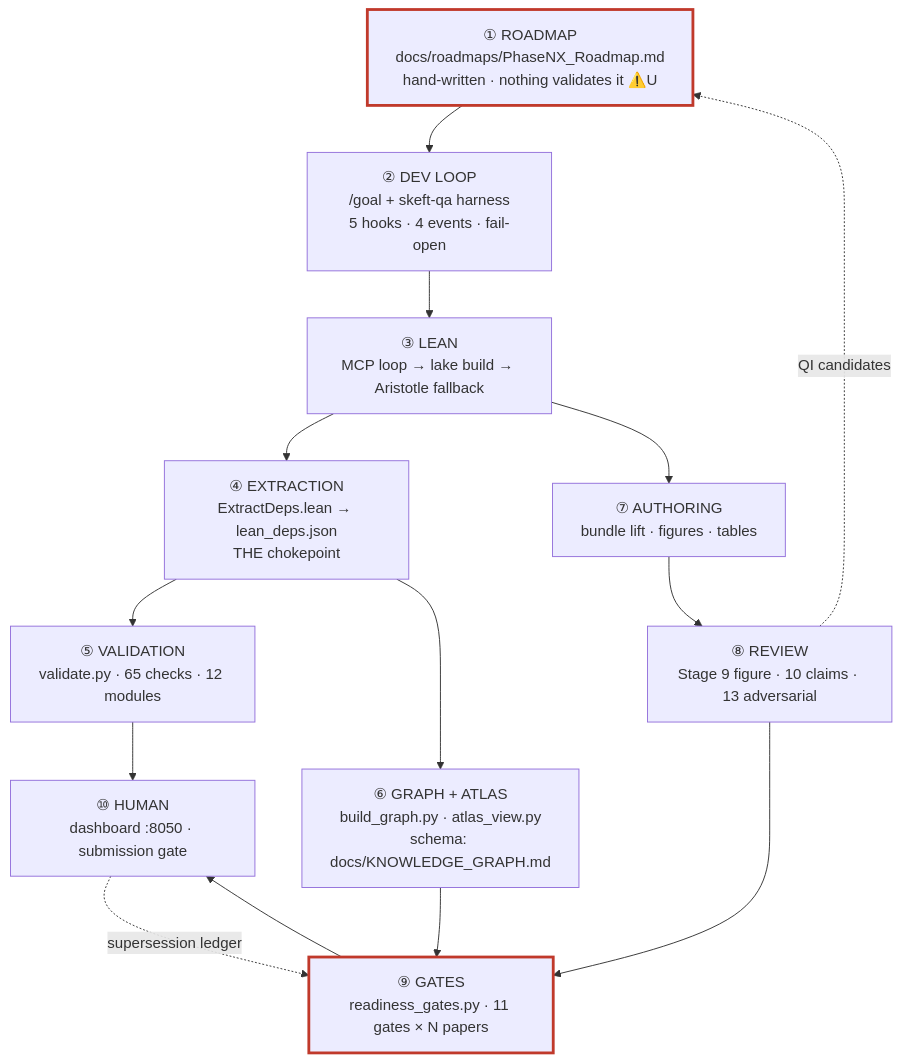
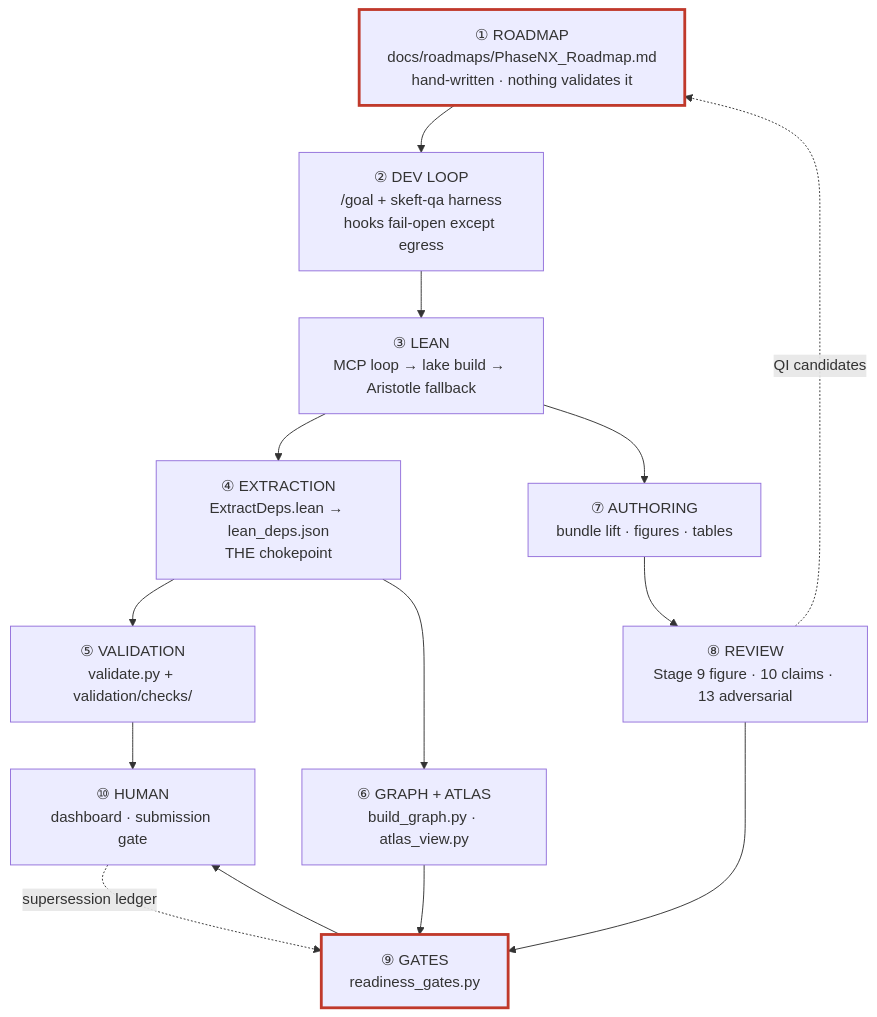
The diagram in docs/architecture/END_TO_END_MAP.md (NetRxn/SK_EFT_Hawking), drawn with Mermaid before and after one commit. The commit also changed other lines of this file and 9 other files, not shown here.

First line of the commit message:
docs(architecture): restructure to living documents, then verify every claim

````diff
--- a/docs/architecture/END_TO_END_MAP.md
+++ b/docs/architecture/END_TO_END_MAP.md
@@ -33,24 +19,24 @@
 ```mermaid
 flowchart TB
-    RM["① ROADMAP<br/>docs/roadmaps/PhaseNX_Roadmap.md<br/>hand-written · nothing validates it ⚠️U"]
-    GOAL["② DEV LOOP<br/>/goal + skeft-qa harness<br/>5 hooks · 4 events · fail-open"]
+    RM["① ROADMAP<br/>docs/roadmaps/PhaseNX_Roadmap.md<br/>hand-written · nothing validates it"]
+    GOAL["② DEV LOOP<br/>/goal + skeft-qa harness<br/>hooks fail-open except egress"]
     LEAN["③ LEAN<br/>MCP loop → lake build → Aristotle fallback"]
     EXT["④ EXTRACTION<br/>ExtractDeps.lean → lean_deps.json<br/>THE chokepoint"]
-    VAL["⑤ VALIDATION<br/>validate.py · 65 checks · 12 modules"]
-    GRAPH["⑥ GRAPH + ATLAS<br/>build_graph.py · atlas_view.py<br/>schema: docs/KNOWLEDGE_GRAPH.md"]
+    VAL["⑤ VALIDATION<br/>validate.py + validation/checks/"]
+    GRAPH["⑥ GRAPH + ATLAS<br/>build_graph.py · atlas_view.py"]
     PAPER["⑦ AUTHORING<br/>bundle lift · figures · tables"]
     REV["⑧ REVIEW<br/>Stage 9 figure · 10 claims · 13 adversarial"]
-    GATE["⑨ GATES<br/>readiness_gates.py · 11 gates × N papers"]
-    HUMAN["⑩ HUMAN<br/>dashboard :8050 · submission gate"]
+    GATE["⑨ GATES<br/>readiness_gates.py"]
+    HUMAN["⑩ HUMAN<br/>dashboard · submission gate"]
 
     RM --> GOAL --> LEAN --> EXT
     EXT --> VAL & GRAPH
     GRAPH --> GATE
     LEAN --> PAPER --> REV --> GATE --> HUMAN
     VAL --> HUMAN
     HUMAN -.->|"supersession ledger"| GATE
     REV -.->|"QI candidates"| RM
 
     classDef gap stroke:#c0392b,stroke-width:3px
     class RM,GATE gap
 ```
````
